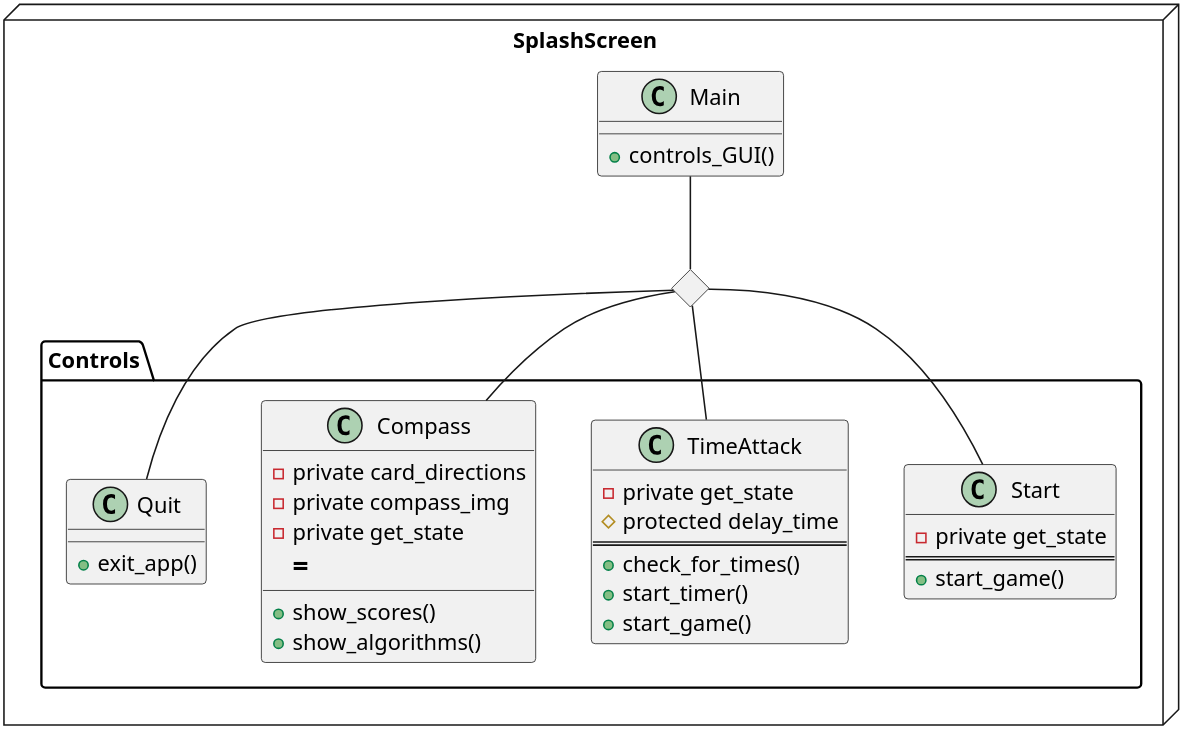
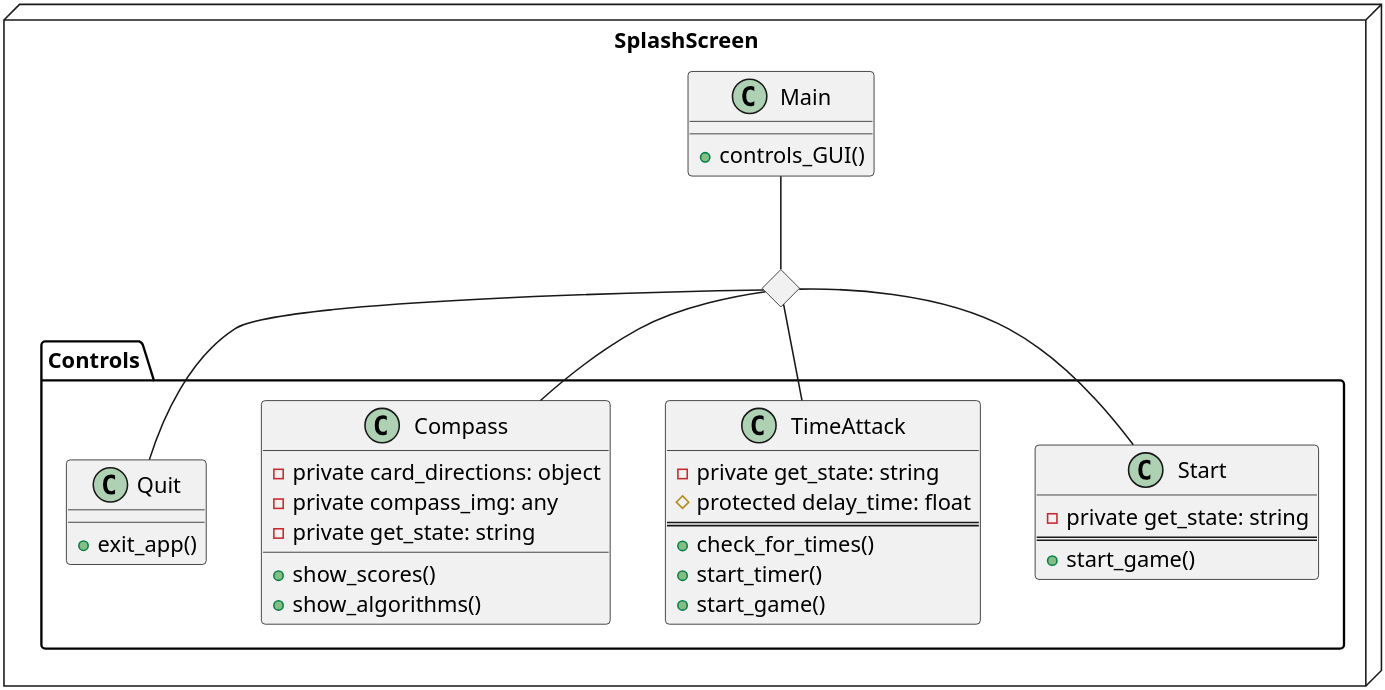
One commit to djhunter67/Softeare-Engineering-Rubiks-Cube changed the second of 5 diagrams in rubiks_des.org. Above: the diagram before and after it, drawn with PlantUML. The commit also changed other lines of this file and 5 other files, not shown here.

```diff
--- a/rubiks_des.org
+++ b/rubiks_des.org
@@ -75,51 +75,51 @@
 #+BEGIN_SRC plantuml :file main_design.png
 
         scale 600
         
       package SplashScreen <<Node>> {
         class Main {
         +controls_GUI()
         }
         class Cube {}
         class Username {}  
         <> diamond
       package Controls {
       class Start {
-    -private get_state	 
+    -private get_state: string
     ==
     +start_game()
       }
       class TimeAttack {
-    -private get_state
-    #protected delay_time
+    -private get_state: string
+    #protected delay_time: float
     ==
        +check_for_times()
        +start_timer()
        +start_game()
       }
       class Compass {
-    -private card_directions
-    -private compass_img
-    -private get_state
-    ==      
+    -private card_directions: object
+    -private compass_img: any
+    -private get_state: string
+     
     +show_scores()
     +show_algorithms()	
       }
       class Quit {
     +exit_app()
       }
     }
         }
         package Models <<Database>>{
         class DataBase {} 
         }
 
        Main -- diamond
        diamond -- Start
        diamond -- TimeAttack
        diamond -- Compass
        diamond -- Quit
      hide @unlinked
 
 
 #+END_SRC
```
